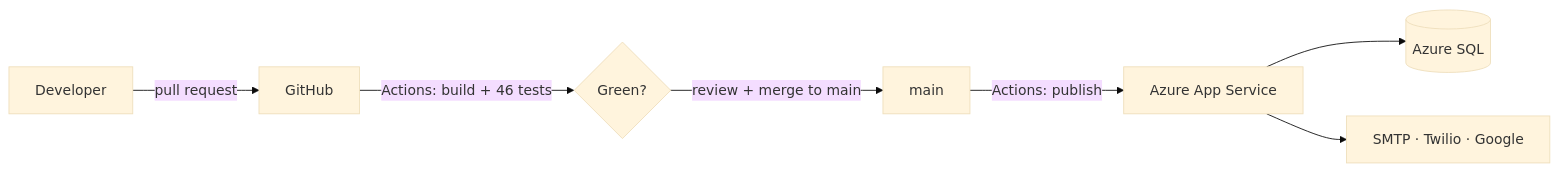
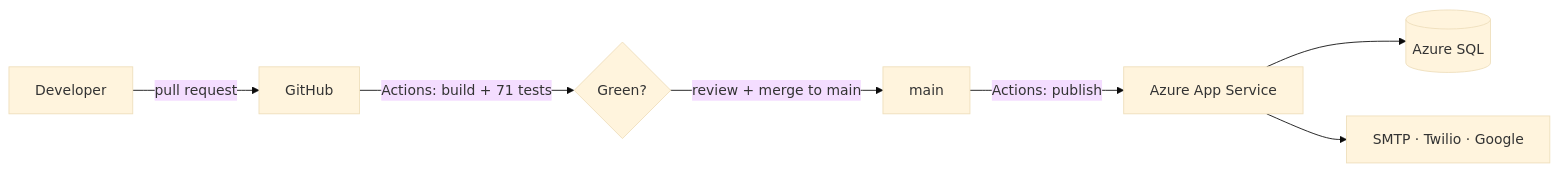
One commit to 3mrNasser/Medi-Care-Clinic-Management-Project-R5 changed the fourth of 4 diagrams in mdFiles/7.2 Technical Documentation.md. Above: the diagram before and after it, drawn with Mermaid (base theme). The commit also changed other lines of this file and 60 other files, not shown here.

````diff
--- a/mdFiles/7.2 Technical Documentation.md
+++ b/mdFiles/7.2 Technical Documentation.md
@@ -270,9 +273,9 @@
 ```mermaid
 flowchart LR
     Dev[Developer] -->|pull request| GH[GitHub]
-    GH -->|Actions: build + 46 tests| CI{Green?}
+    GH -->|Actions: build + 71 tests| CI{Green?}
     CI -->|review + merge to main| Main[main]
     Main -->|Actions: publish| AZ[Azure App Service]
     AZ --> SQL[(Azure SQL)]
     AZ --> Ext[SMTP · Twilio · Google]
 ```
````
